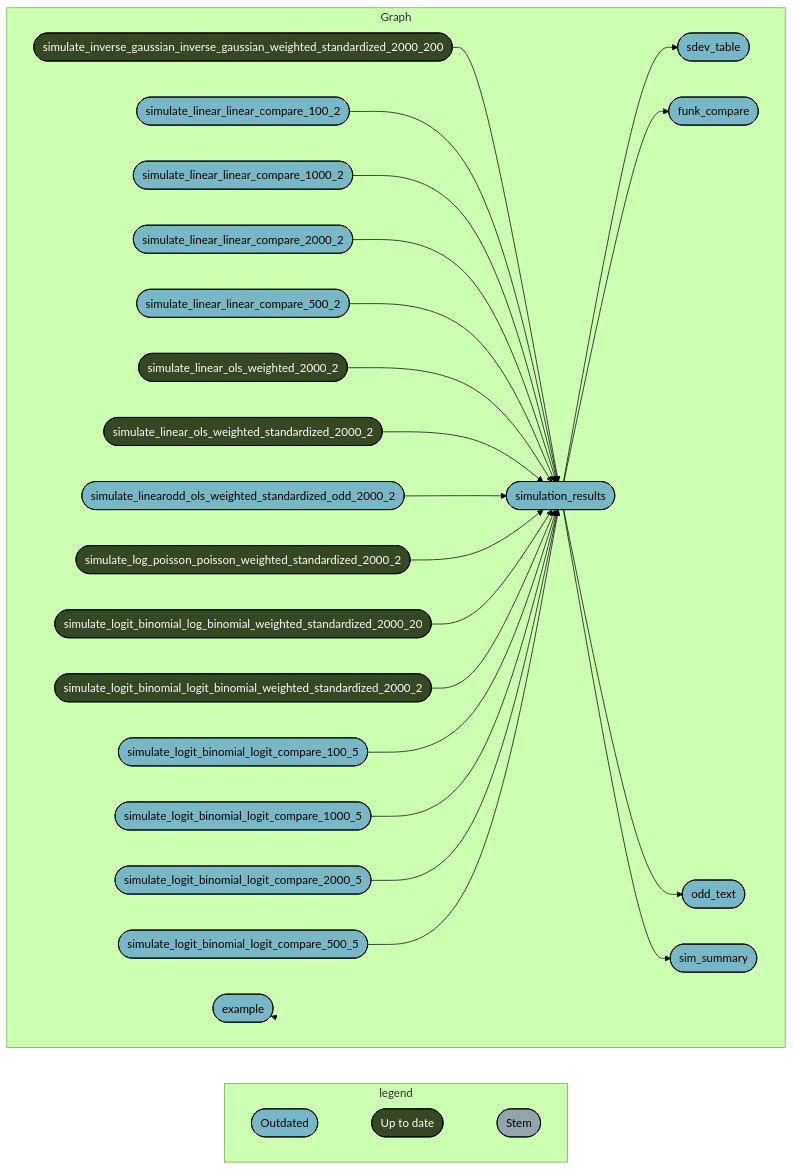
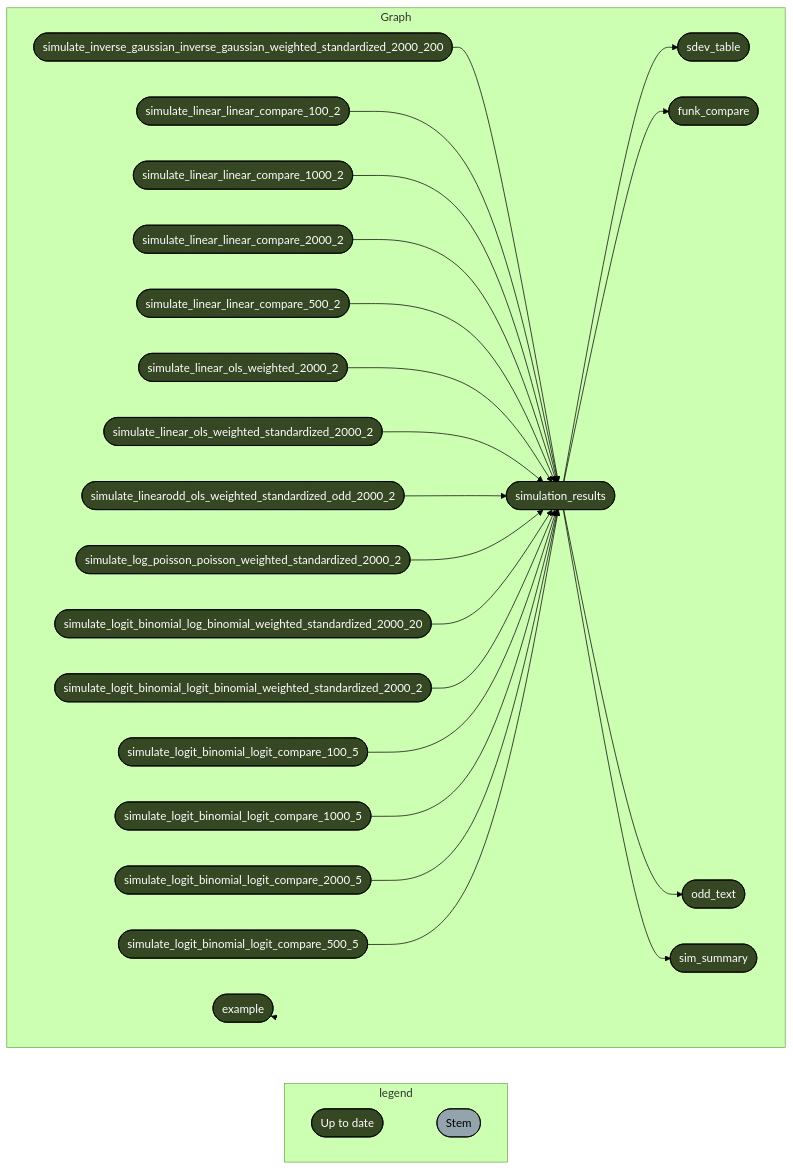
One commit to sachsmc/doubly-robust-glm changed the diagram in vis.mermaid. Above: the diagram before and after it, drawn with Mermaid (forest theme). The commit also changed 11 other files, not shown here.

```diff
--- a/vis.mermaid
+++ b/vis.mermaid
@@ -1,35 +1,32 @@
 graph LR
   subgraph legend
     direction LR
-    x0a52b03877696646([""Outdated""]):::outdated --- x7420bd9270f8d27d([""Up to date""]):::uptodate
     x7420bd9270f8d27d([""Up to date""]):::uptodate --- xbf4603d6c2c2ad6b([""Stem""]):::none
   end
   subgraph Graph
     direction LR
-    xda319e07d75bcf17(["simulation_results"]):::outdated --> x389ac23a8bc5790a(["sdev_table"]):::outdated
-    xda319e07d75bcf17(["simulation_results"]):::outdated --> x528a48b3a0beaa4a(["funk_compare"]):::outdated
-    xda319e07d75bcf17(["simulation_results"]):::outdated --> x096535d843ac58b4(["odd_text"]):::outdated
-    xda319e07d75bcf17(["simulation_results"]):::outdated --> x8df1cfa1cec0f4ca(["sim_summary"]):::outdated
-    x9e69104330fdf6f8(["simulate_inverse_gaussian_inverse_gaussian_weighted_standardized_2000_200"]):::uptodate --> xda319e07d75bcf17(["simulation_results"]):::outdated
-    x71467bd26b2548ad(["simulate_linear_linear_compare_100_2"]):::outdated --> xda319e07d75bcf17(["simulation_results"]):::outdated
-    xe01042d5af18e30e(["simulate_linear_linear_compare_1000_2"]):::outdated --> xda319e07d75bcf17(["simulation_results"]):::outdated
-    x116f146dea47cfe7(["simulate_linear_linear_compare_2000_2"]):::outdated --> xda319e07d75bcf17(["simulation_results"]):::outdated
-    x9eae9ce78ce473f4(["simulate_linear_linear_compare_500_2"]):::outdated --> xda319e07d75bcf17(["simulation_results"]):::outdated
-    x00130b7e30e0600b(["simulate_linear_ols_weighted_2000_2"]):::uptodate --> xda319e07d75bcf17(["simulation_results"]):::outdated
-    x9d6fa315a53f6e26(["simulate_linear_ols_weighted_standardized_2000_2"]):::uptodate --> xda319e07d75bcf17(["simulation_results"]):::outdated
-    x1e015faaad899be1(["simulate_linearodd_ols_weighted_standardized_odd_2000_2"]):::outdated --> xda319e07d75bcf17(["simulation_results"]):::outdated
-    x5ea0a7387f8b2ef9(["simulate_log_poisson_poisson_weighted_standardized_2000_2"]):::uptodate --> xda319e07d75bcf17(["simulation_results"]):::outdated
-    xac3d6e69f58e5f12(["simulate_logit_binomial_log_binomial_weighted_standardized_2000_20"]):::uptodate --> xda319e07d75bcf17(["simulation_results"]):::outdated
-    x99723e3e80a40ee6(["simulate_logit_binomial_logit_binomial_weighted_standardized_2000_2"]):::uptodate --> xda319e07d75bcf17(["simulation_results"]):::outdated
-    x4cc6fc8d5fa9053a(["simulate_logit_binomial_logit_compare_100_5"]):::outdated --> xda319e07d75bcf17(["simulation_results"]):::outdated
-    x7649e25e048e52a8(["simulate_logit_binomial_logit_compare_1000_5"]):::outdated --> xda319e07d75bcf17(["simulation_results"]):::outdated
-    xee6f069e485dd697(["simulate_logit_binomial_logit_compare_2000_5"]):::outdated --> xda319e07d75bcf17(["simulation_results"]):::outdated
-    xe7cf092df7d54f75(["simulate_logit_binomial_logit_compare_500_5"]):::outdated --> xda319e07d75bcf17(["simulation_results"]):::outdated
-    xe6eda53558c41c5e(["example"]):::outdated --> xe6eda53558c41c5e(["example"]):::outdated
+    xda319e07d75bcf17(["simulation_results"]):::uptodate --> x389ac23a8bc5790a(["sdev_table"]):::uptodate
+    xda319e07d75bcf17(["simulation_results"]):::uptodate --> x528a48b3a0beaa4a(["funk_compare"]):::uptodate
+    xda319e07d75bcf17(["simulation_results"]):::uptodate --> x096535d843ac58b4(["odd_text"]):::uptodate
+    xda319e07d75bcf17(["simulation_results"]):::uptodate --> x8df1cfa1cec0f4ca(["sim_summary"]):::uptodate
+    x9e69104330fdf6f8(["simulate_inverse_gaussian_inverse_gaussian_weighted_standardized_2000_200"]):::uptodate --> xda319e07d75bcf17(["simulation_results"]):::uptodate
+    x71467bd26b2548ad(["simulate_linear_linear_compare_100_2"]):::uptodate --> xda319e07d75bcf17(["simulation_results"]):::uptodate
+    xe01042d5af18e30e(["simulate_linear_linear_compare_1000_2"]):::uptodate --> xda319e07d75bcf17(["simulation_results"]):::uptodate
+    x116f146dea47cfe7(["simulate_linear_linear_compare_2000_2"]):::uptodate --> xda319e07d75bcf17(["simulation_results"]):::uptodate
+    x9eae9ce78ce473f4(["simulate_linear_linear_compare_500_2"]):::uptodate --> xda319e07d75bcf17(["simulation_results"]):::uptodate
+    x00130b7e30e0600b(["simulate_linear_ols_weighted_2000_2"]):::uptodate --> xda319e07d75bcf17(["simulation_results"]):::uptodate
+    x9d6fa315a53f6e26(["simulate_linear_ols_weighted_standardized_2000_2"]):::uptodate --> xda319e07d75bcf17(["simulation_results"]):::uptodate
+    x1e015faaad899be1(["simulate_linearodd_ols_weighted_standardized_odd_2000_2"]):::uptodate --> xda319e07d75bcf17(["simulation_results"]):::uptodate
+    x5ea0a7387f8b2ef9(["simulate_log_poisson_poisson_weighted_standardized_2000_2"]):::uptodate --> xda319e07d75bcf17(["simulation_results"]):::uptodate
+    xac3d6e69f58e5f12(["simulate_logit_binomial_log_binomial_weighted_standardized_2000_20"]):::uptodate --> xda319e07d75bcf17(["simulation_results"]):::uptodate
+    x99723e3e80a40ee6(["simulate_logit_binomial_logit_binomial_weighted_standardized_2000_2"]):::uptodate --> xda319e07d75bcf17(["simulation_results"]):::uptodate
+    x4cc6fc8d5fa9053a(["simulate_logit_binomial_logit_compare_100_5"]):::uptodate --> xda319e07d75bcf17(["simulation_results"]):::uptodate
+    x7649e25e048e52a8(["simulate_logit_binomial_logit_compare_1000_5"]):::uptodate --> xda319e07d75bcf17(["simulation_results"]):::uptodate
+    xee6f069e485dd697(["simulate_logit_binomial_logit_compare_2000_5"]):::uptodate --> xda319e07d75bcf17(["simulation_results"]):::uptodate
+    xe7cf092df7d54f75(["simulate_logit_binomial_logit_compare_500_5"]):::uptodate --> xda319e07d75bcf17(["simulation_results"]):::uptodate
+    xe6eda53558c41c5e(["example"]):::uptodate --> xe6eda53558c41c5e(["example"]):::uptodate
   end
-  classDef outdated stroke:#000000,color:#000000,fill:#78B7C5;
   classDef uptodate stroke:#000000,color:#ffffff,fill:#354823;
   classDef none stroke:#000000,color:#000000,fill:#94a4ac;
   linkStyle 0 stroke-width:0px;
-  linkStyle 1 stroke-width:0px;
-  linkStyle 21 stroke-width:0px;
+  linkStyle 20 stroke-width:0px;
```
